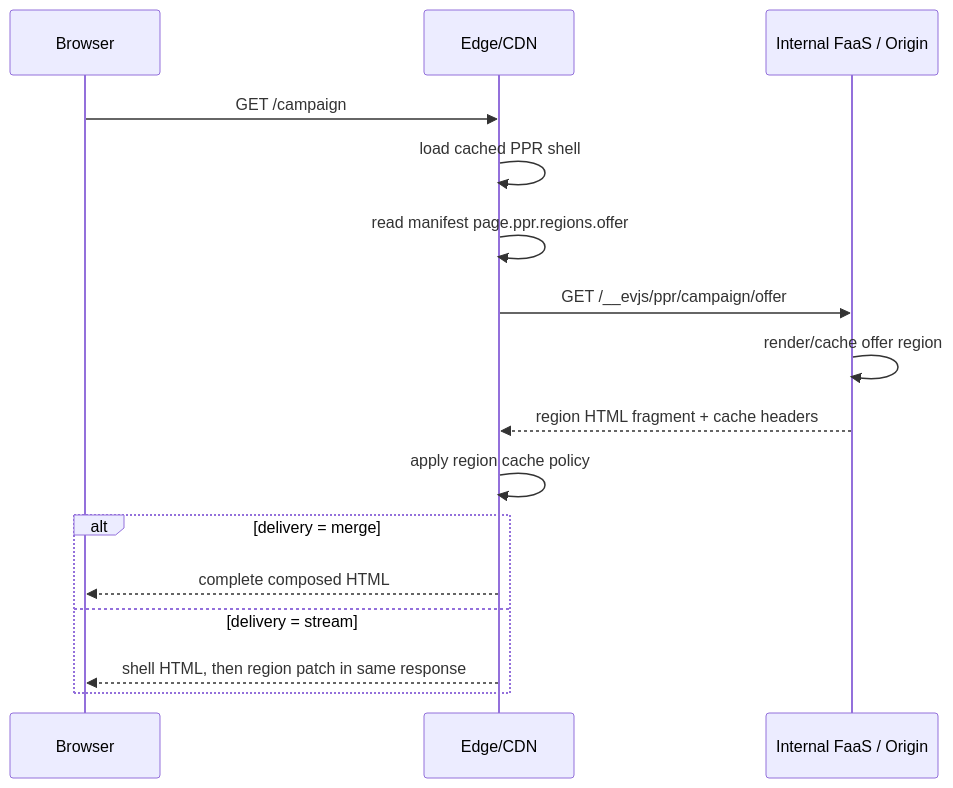
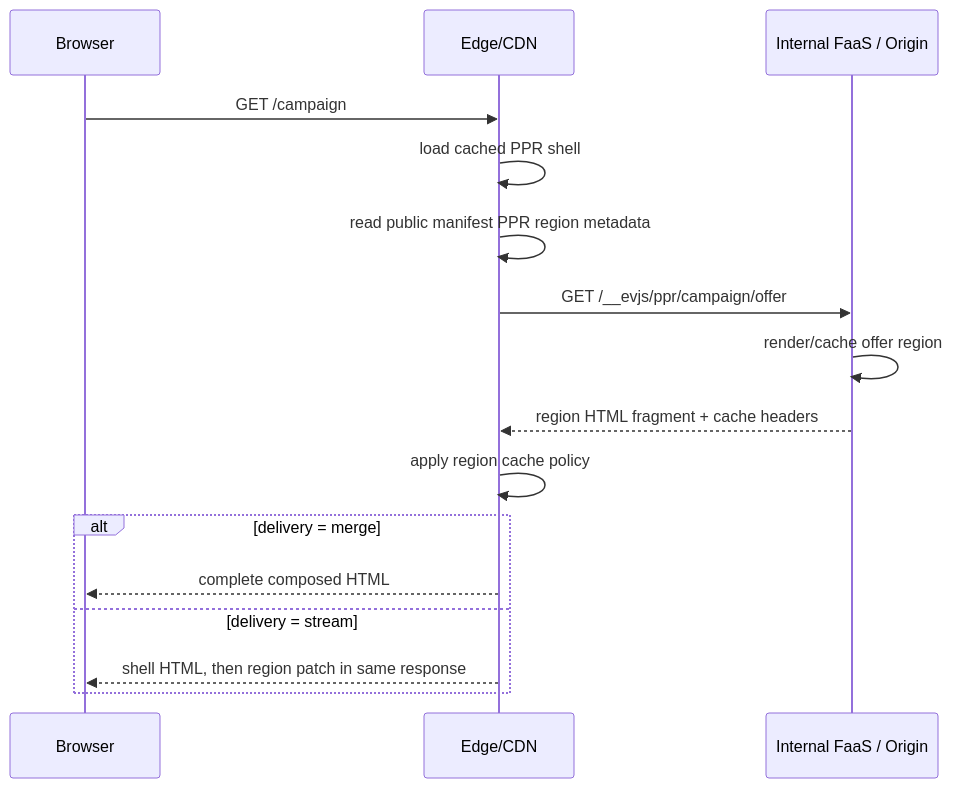
One commit to afx-team/evjs changed the third of 3 diagrams in docs/docs/architecture.md. Above: the diagram before and after it, drawn with Mermaid. The commit also changed other lines of this file and 59 other files, not shown here.

Commit message:
refactor architecture render declarations

````diff
--- a/docs/docs/architecture.md
+++ b/docs/docs/architecture.md
@@ -140,19 +140,19 @@
 ```mermaid
 sequenceDiagram
   participant Browser
   participant Edge as Edge/CDN
   participant Origin as Internal FaaS / Origin
 
   Browser->>Edge: GET /campaign
   Edge->>Edge: load cached PPR shell
-  Edge->>Edge: read manifest page.ppr.regions.offer
+  Edge->>Edge: read public manifest PPR region metadata
   Edge->>Origin: GET /__evjs/ppr/campaign/offer
   Origin->>Origin: render/cache offer region
   Origin-->>Edge: region HTML fragment + cache headers
   Edge->>Edge: apply region cache policy
   alt delivery = merge
     Edge-->>Browser: complete composed HTML
   else delivery = stream
     Edge-->>Browser: shell HTML, then region patch in same response
   end
 ```
````
